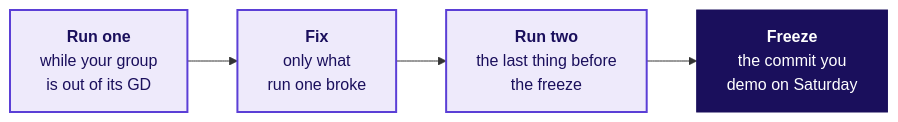
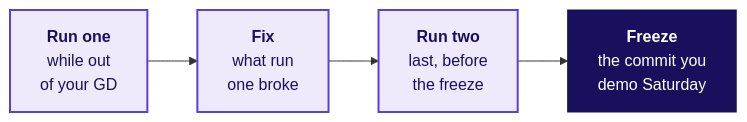
One commit to fde-academy-lab/c2-content-factory changed the diagram in content/W03/D5/checkpoints/C2_W03_D05_cold_demo_checklist_STUDENT.md. Above: the diagram before and after it, drawn with Mermaid. The commit also changed other lines of this file and 1 other file, not shown here.

````diff
--- a/content/W03/D5/checkpoints/C2_W03_D05_cold_demo_checklist_STUDENT.md
+++ b/content/W03/D5/checkpoints/C2_W03_D05_cold_demo_checklist_STUDENT.md
@@ -58,10 +58,10 @@
 ```mermaid
 flowchart LR
-    A["<b>Run one</b><br/>while your group<br/>is out of its GD"] --> B["<b>Fix</b><br/>only what<br/>run one broke"]
-    B --> C["<b>Run two</b><br/>the last thing before<br/>the freeze"]
-    C --> D["<b>Freeze</b><br/>the commit you<br/>demo on Saturday"]
+    A["<b>Run one</b><br/>while out<br/>of your GD"] --> B["<b>Fix</b><br/>what run<br/>one broke"]
+    B --> C["<b>Run two</b><br/>last, before<br/>the freeze"]
+    C --> D["<b>Freeze</b><br/>the commit you<br/>demo Saturday"]
     classDef known fill:#EEEAFB,stroke:#5B3FD6,color:#1A0F5C,stroke-width:2px
     classDef dark fill:#1A0F5C,stroke:#1A0F5C,color:#FFFFFF
     class A,B,C known
     class D dark
 ```
````
